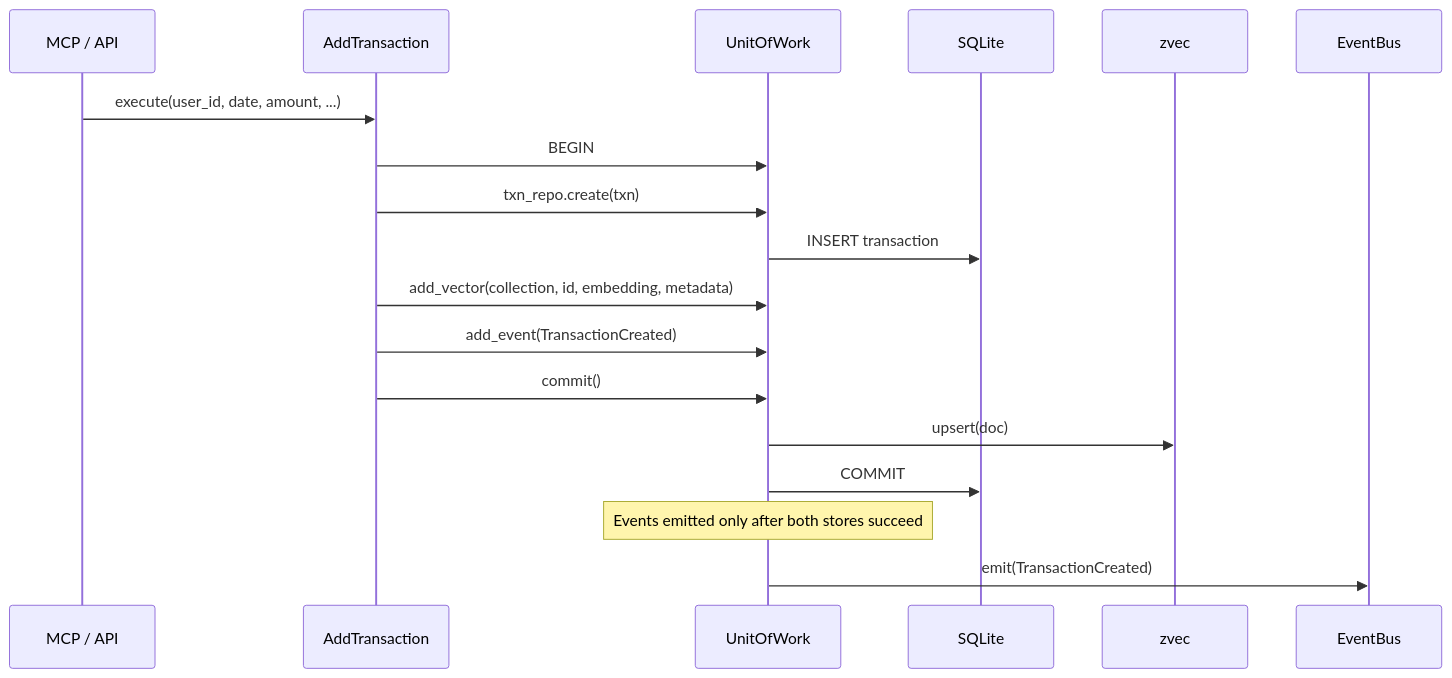
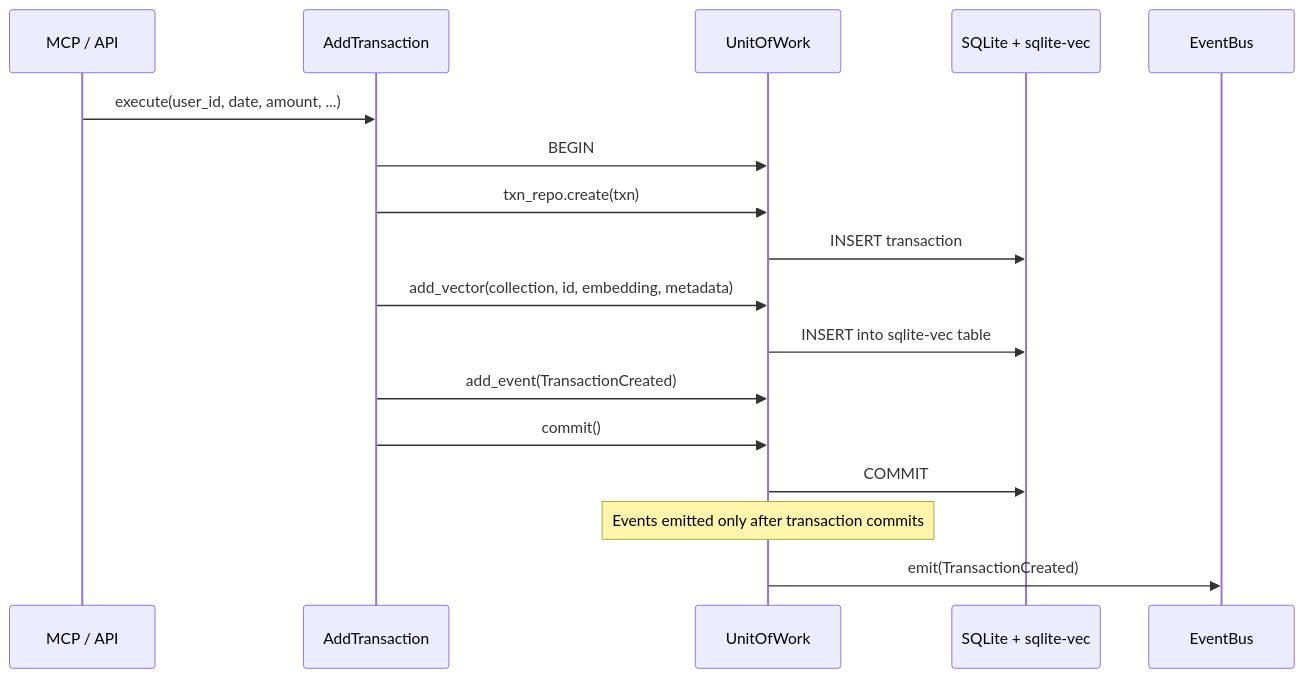
The fourth of 7 diagrams in docs/MESSAGE-FLOWS.md (vukhanhtruong/flux), drawn with Mermaid before and after one commit. The commit also changed other lines of this file and 18 other files, not shown here.

First line of the commit message:
docs: update all references from zvec to sqlite-vec

````diff
--- a/docs/MESSAGE-FLOWS.md
+++ b/docs/MESSAGE-FLOWS.md
@@ -143,26 +143,25 @@
 ```mermaid
 sequenceDiagram
     participant Client as MCP / API
     participant UC as AddTransaction
     participant UoW as UnitOfWork
-    participant SQLite
-    participant zvec
+    participant SQLite as SQLite + sqlite-vec
     participant EB as EventBus
 
     Client->>UC: execute(user_id, date, amount, ...)
     UC->>UoW: BEGIN
 
     UC->>UoW: txn_repo.create(txn)
     UoW->>SQLite: INSERT transaction
 
     UC->>UoW: add_vector(collection, id, embedding, metadata)
+    UoW->>SQLite: INSERT into sqlite-vec table
     UC->>UoW: add_event(TransactionCreated)
     UC->>UoW: commit()
 
-    UoW->>zvec: upsert(doc)
     UoW->>SQLite: COMMIT
 
-    Note over UoW: Events emitted only after both stores succeed
+    Note over UoW: Events emitted only after transaction commits
 
     UoW->>EB: emit(TransactionCreated)
 ```
````
